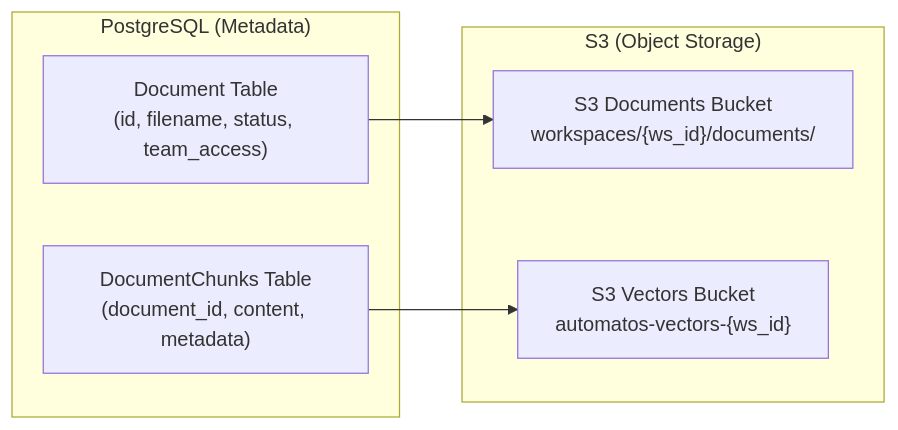
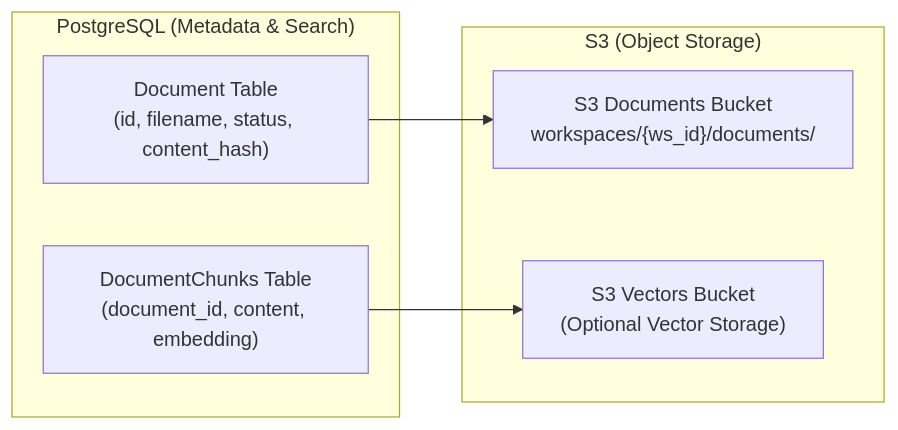
One commit to AutomatosAI/automatos-ai changed the fourth of 4 diagrams in docs/knowledge-base-rag/document-management.md. Above: the diagram before and after it, drawn with Mermaid. The commit also changed other lines of this file and 153 other files, not shown here.

````diff
--- a/docs/knowledge-base-rag/document-management.md
+++ b/docs/knowledge-base-rag/document-management.md
@@ -173,15 +201,15 @@
 ```mermaid
 graph LR
-    subgraph "PostgreSQL (Metadata)"
-        DOC["Document Table<br/>(id, filename, status, team_access)"]
-        CHUNKS["DocumentChunks Table<br/>(document_id, content, metadata)"]
+    subgraph "PostgreSQL (Metadata & Search)"
+        DOC["Document Table<br/>(id, filename, status, content_hash)"]
+        CHUNKS["DocumentChunks Table<br/>(document_id, content, embedding)"]
     end
     
     subgraph "S3 (Object Storage)"
         S3DOCS["S3 Documents Bucket<br/>workspaces/{ws_id}/documents/"]
-        S3VECTORS["S3 Vectors Bucket<br/>automatos-vectors-{ws_id}"]
+        S3VECTORS["S3 Vectors Bucket<br/>(Optional Vector Storage)"]
     end
     
     DOC --> S3DOCS
     CHUNKS --> S3VECTORS
 ```
````
